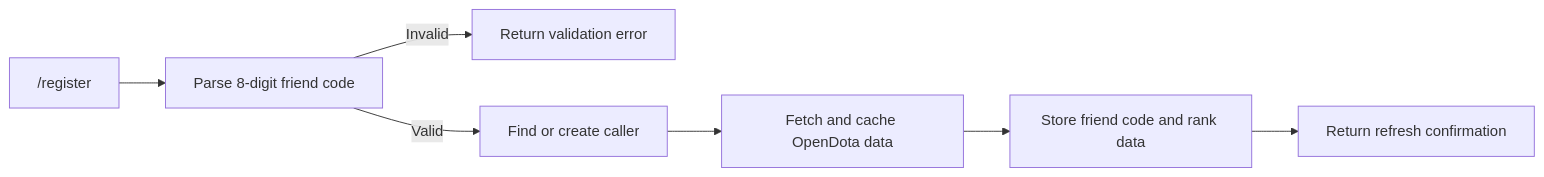
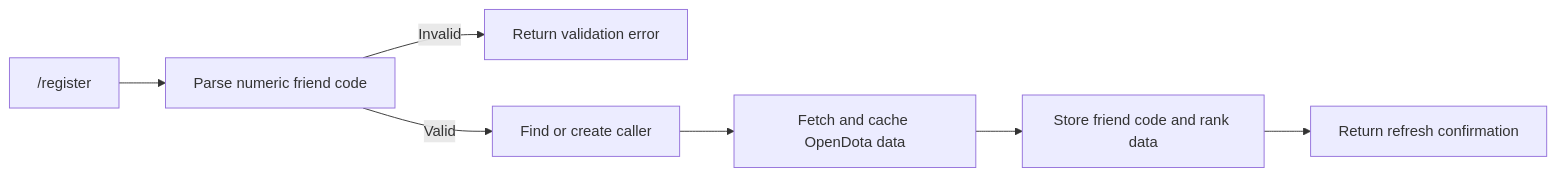
Before and after one commit to confessore/Housekeeper: the seventh of 9 diagrams in docs/workflows.md, drawn with Mermaid. The commit also changed other lines of this file and 5 other files, not shown here.

First line of the commit message:
fix(register): accept larger Steam friend IDs

````diff
--- a/docs/workflows.md
+++ b/docs/workflows.md
@@ -149,9 +149,9 @@
 ```mermaid
 flowchart LR
-    A["/register <friend_code>"] --> B["Parse 8-digit friend code"]
+    A["/register <friend_code>"] --> B["Parse numeric friend code"]
     B -->|Invalid| C["Return validation error"]
     B -->|Valid| D["Find or create caller"]
     D --> E["Fetch and cache OpenDota data"]
     E --> F["Store friend code and rank data"]
     F --> G["Return refresh confirmation"]
 ```
````
